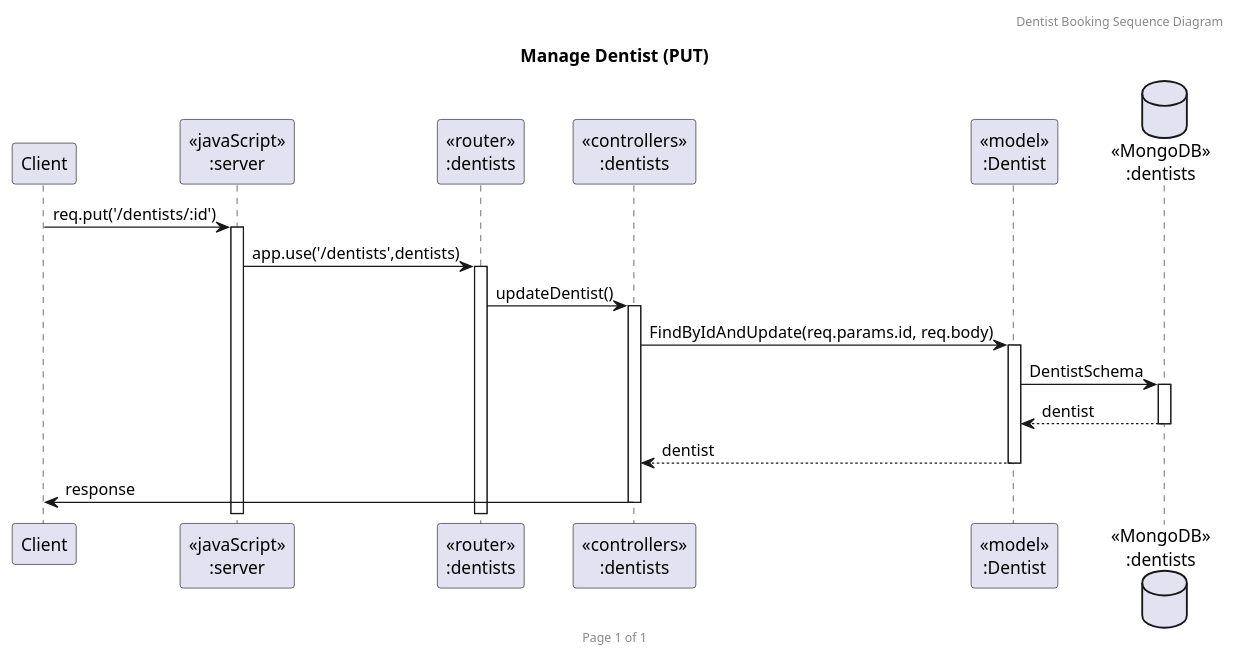
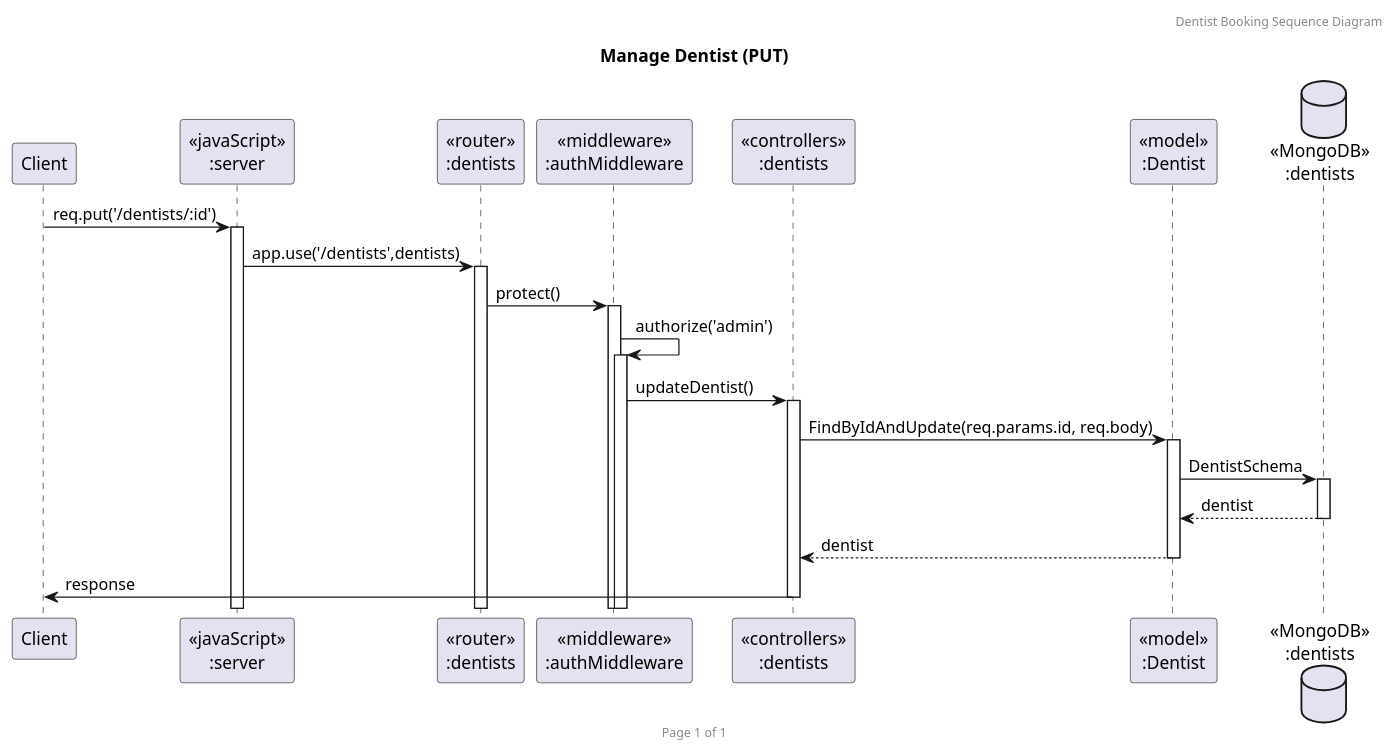
The diagram in doc/sequence_diagram/UpdateDentist.puml (KoalaMuch/DentistBooking), drawn with PlantUML before and after one commit. The commit also changed 10 other files, not shown here.

Commit message:
add middleware in seq diagram

```diff
--- a/doc/sequence_diagram/UpdateDentist.puml
+++ b/doc/sequence_diagram/UpdateDentist.puml
@@ -1,23 +1,26 @@
 @startuml Manage Dentist (PUT)
 
 header Dentist Booking Sequence Diagram
 footer Page %page% of %lastpage%
 title "Manage Dentist (PUT)"
 
 participant "Client" as client
 participant "<<javaScript>>\n:server" as server
 participant "<<router>>\n:dentists" as routerDentists
+participant "<<middleware>>\n:authMiddleware" as authMiddleware
 participant "<<controllers>>\n:dentists" as controllersDentists
 participant "<<model>>\n:Dentist" as modelDentist
 database "<<MongoDB>>\n:dentists" as DentistsDatabase
 
 client->server ++:req.put('/dentists/:id')
 server->routerDentists ++:app.use('/dentists',dentists)
-routerDentists -> controllersDentists ++:updateDentist()
+routerDentists->authMiddleware ++:protect()
+authMiddleware->authMiddleware ++:authorize('admin')
+authMiddleware -> controllersDentists ++:updateDentist()
 controllersDentists->modelDentist ++:FindByIdAndUpdate(req.params.id, req.body)
 modelDentist ->DentistsDatabase ++: DentistSchema
 DentistsDatabase --> modelDentist --: dentist
 controllersDentists <-- modelDentist --:dentist
 controllersDentists->client --:response
 
 @enduml
```
